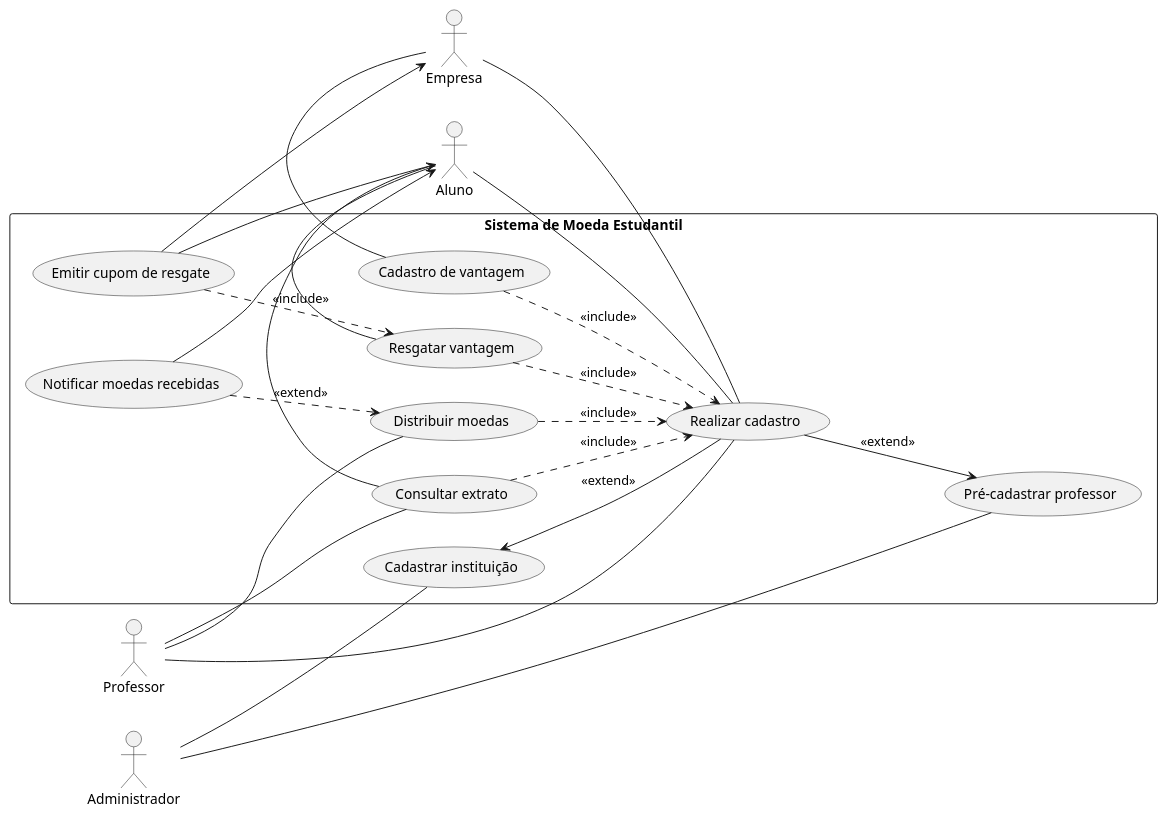
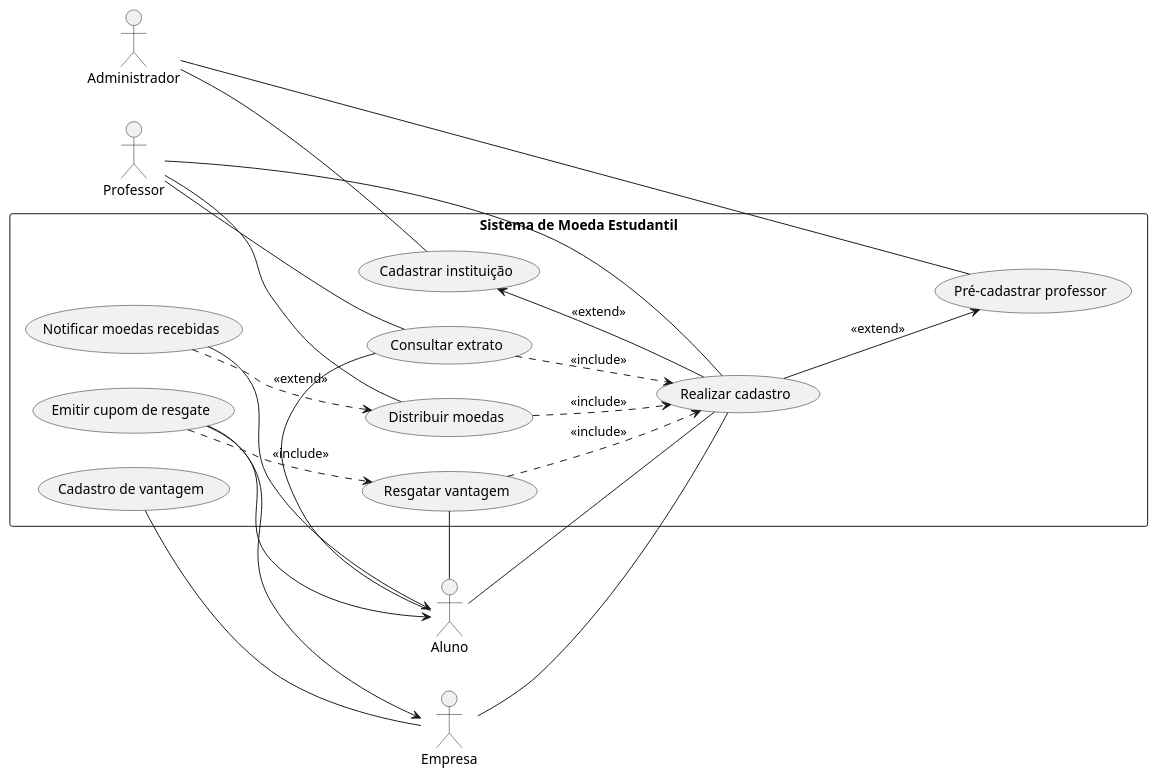
One commit to software-engineering-graduation/sistema_moeda_estudantil_lds2024 changed the diagram in projeto/diagrama_de_casos_de_uso.puml. Above: the diagram before and after it, drawn with PlantUML.

```diff
--- a/projeto/diagrama_de_casos_de_uso.puml
+++ b/projeto/diagrama_de_casos_de_uso.puml
@@ -1,57 +1,56 @@
 @startuml Diagrama de Casos de Uso
 left to right direction
 
 actor "Aluno" as aluno
 actor "Professor" as professor
 actor "Empresa" as empresa
 actor "Administrador" as admin
 
 rectangle "Sistema de Moeda Estudantil" {
     usecase "Realizar cadastro" as uc_cadastro
     usecase "Distribuir moedas" as uc_distribuir_moedas
     usecase "Notificar moedas recebidas" as uc_notificar_moedas
     usecase "Consultar extrato" as uc_extrato
     usecase "Cadastro de vantagem" as uc_cadastro_vantagem
     usecase "Resgatar vantagem" as uc_resgatar_vantagem
     usecase "Emitir cupom de resgate" as uc_emitir_cupom
     usecase "Cadastrar instituição" as uc_cadastrar_instituicao
     usecase "Pré-cadastrar professor" as uc_pre_cadastro_professor 
 }
 
 aluno -- uc_cadastro
 aluno -- uc_extrato
 aluno -- uc_resgatar_vantagem
 
 professor -- uc_cadastro
 professor -- uc_extrato
 professor -- uc_distribuir_moedas
 
 empresa -- uc_cadastro
 empresa -- uc_cadastro_vantagem
 
 admin -- uc_cadastrar_instituicao
 admin -- uc_pre_cadastro_professor
 
 ' Every use case uses depends on the "Realizar cadastro" use case
 uc_distribuir_moedas ..> uc_cadastro : <<include>>
 uc_extrato ..> uc_cadastro : <<include>>
-uc_cadastro_vantagem ..> uc_cadastro : <<include>>
 uc_resgatar_vantagem ..> uc_cadastro : <<include>>
 
 uc_emitir_cupom ..> uc_resgatar_vantagem : <<include>>
 uc_notificar_moedas ..> uc_distribuir_moedas : <<extend>>
 
 ' Cupom is sent to the student and company
 uc_emitir_cupom --> aluno
 uc_emitir_cupom --> empresa
 
 ' Notification is sent to the student
 uc_notificar_moedas --> aluno
 
 'Apenas professor precisa de pré cadastro, por isso a escolha pelo extend
 uc_cadastro --> uc_pre_cadastro_professor : <<extend>>
 
 'Apenas alunos e professores precisam estar relacionados a instituição, por isso a escolha pelo extend
 uc_cadastrar_instituicao <-- uc_cadastro : <<extend>>
 
 @enduml
```
